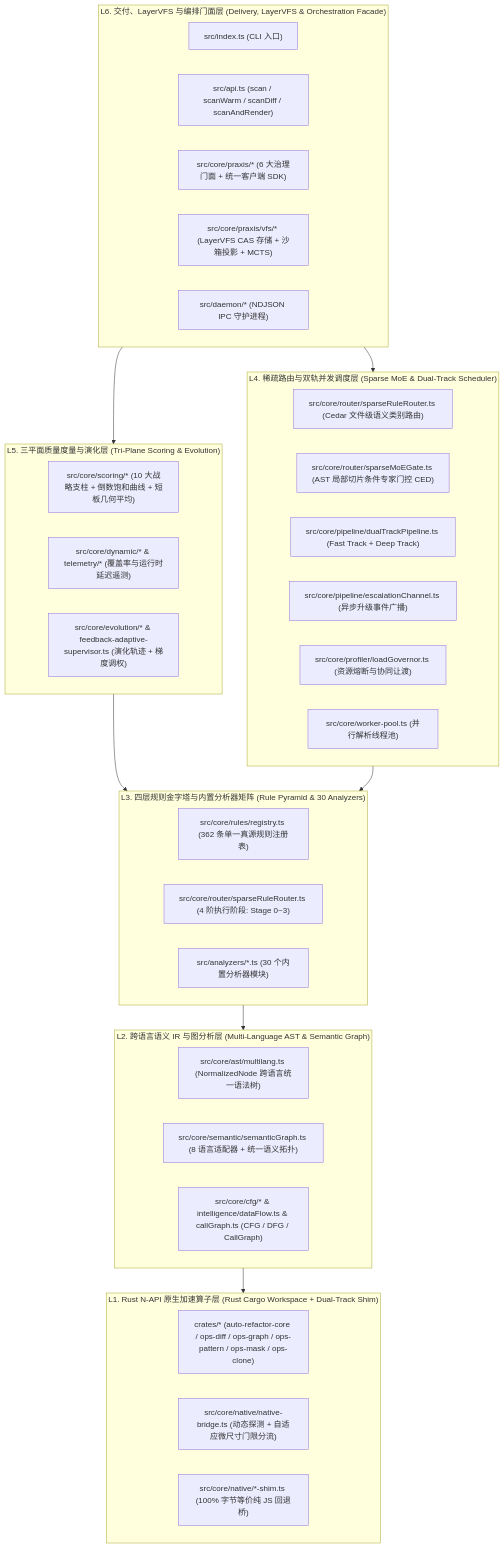
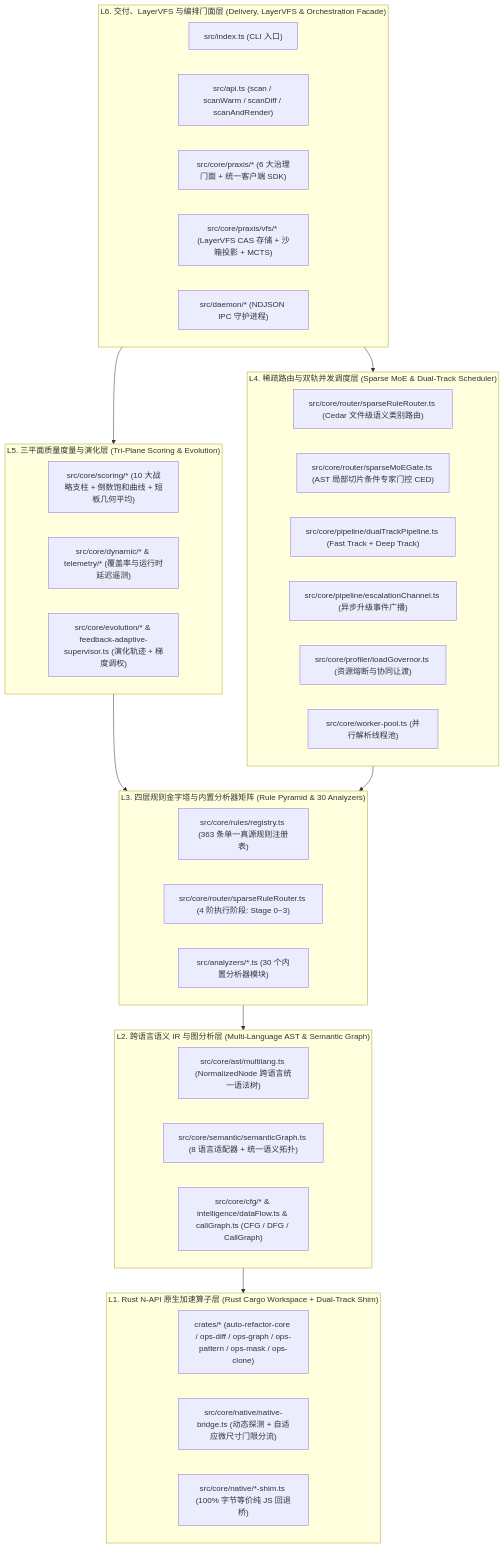
One commit to guilingzhouyi-creator/vscode-extensions changed the first of 2 diagrams in auto-refactor/docs/01-architecture/01-system-overview.md. Above: the diagram before and after it, drawn with Mermaid. The commit also changed other lines of this file and 18 other files, not shown here.

````diff
--- a/auto-refactor/docs/01-architecture/01-system-overview.md
+++ b/auto-refactor/docs/01-architecture/01-system-overview.md
@@ -12,50 +12,50 @@
 ```mermaid
 flowchart TD
   subgraph L6["L6. 交付、LayerVFS 与编排门面层 (Delivery, LayerVFS & Orchestration Facade)"]
     CLI["src/index.ts (CLI 入口)"]
     API["src/api.ts (scan / scanWarm / scanDiff / scanAndRender)"]
     PRAXIS["src/core/praxis/* (6 大治理门面 + 统一客户端 SDK)"]
     VFS["src/core/praxis/vfs/* (LayerVFS CAS 存储 + 沙箱投影 + MCTS)"]
     DAEMON["src/daemon/* (NDJSON IPC 守护进程)"]
   end
 
   subgraph L5["L5. 三平面质量度量与演化层 (Tri-Plane Scoring & Evolution)"]
     STATIC["src/core/scoring/* (10 大战略支柱 + 倒数饱和曲线 + 短板几何平均)"]
     DYNAMIC["src/core/dynamic/* & telemetry/* (覆盖率与运行时延迟遥测)"]
     EVOL["src/core/evolution/* & feedback-adaptive-supervisor.ts (演化轨迹 + 梯度调权)"]
   end
 
   subgraph L4["L4. 稀疏路由与双轨并发调度层 (Sparse MoE & Dual-Track Scheduler)"]
     ROUTER["src/core/router/sparseRuleRouter.ts (Cedar 文件级语义类别路由)"]
     MOE["src/core/router/sparseMoEGate.ts (AST 局部切片条件专家门控 CED)"]
     DUAL["src/core/pipeline/dualTrackPipeline.ts (Fast Track + Deep Track)"]
     ESCALATE["src/core/pipeline/escalationChannel.ts (异步升级事件广播)"]
     GOVERNOR["src/core/profiler/loadGovernor.ts (资源熔断与协同让渡)"]
     POOL["src/core/worker-pool.ts (并行解析线程池)"]
   end
 
   subgraph L3["L3. 四层规则金字塔与内置分析器矩阵 (Rule Pyramid & 30 Analyzers)"]
-    REG["src/core/rules/registry.ts (362 条单一真源规则注册表)"]
+    REG["src/core/rules/registry.ts (363 条单一真源规则注册表)"]
     STAGES["src/core/router/sparseRuleRouter.ts (4 阶执行阶段: Stage 0~3)"]
     ANALYZERS["src/analyzers/*.ts (30 个内置分析器模块)"]
   end
 
   subgraph L2["L2. 跨语言语义 IR 与图分析层 (Multi-Language AST & Semantic Graph)"]
     AST["src/core/ast/multilang.ts (NormalizedNode 跨语言统一语法树)"]
     GRAPH["src/core/semantic/semanticGraph.ts (8 语言适配器 + 统一语义拓扑)"]
     FLOW["src/core/cfg/* & intelligence/dataFlow.ts & callGraph.ts (CFG / DFG / CallGraph)"]
   end
 
   subgraph L1["L1. Rust N-API 原生加速算子层 (Rust Cargo Workspace + Dual-Track Shim)"]
     CRATES["crates/* (auto-refactor-core / ops-diff / ops-graph / ops-pattern / ops-mask / ops-clone)"]
     BRIDGE["src/core/native/native-bridge.ts (动态探测 + 自适应微尺寸门限分流)"]
     SHIM["src/core/native/*-shim.ts (100% 字节等价纯 JS 回退桥)"]
   end
 
   L6 --> L5
   L6 --> L4
   L5 --> L3
   L4 --> L3
   L3 --> L2
   L2 --> L1
 ```
````
